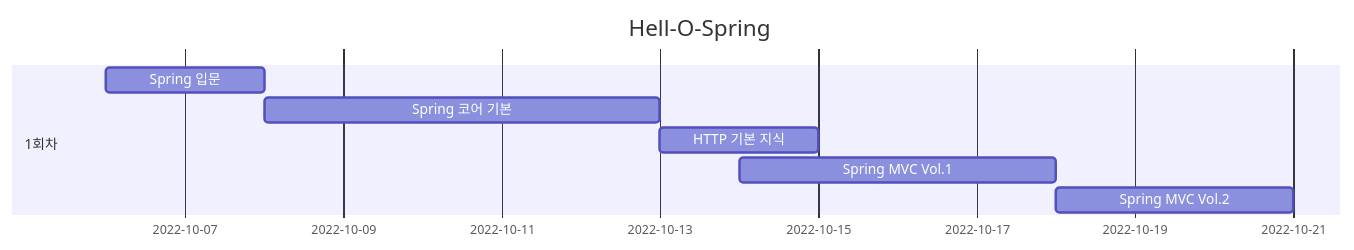
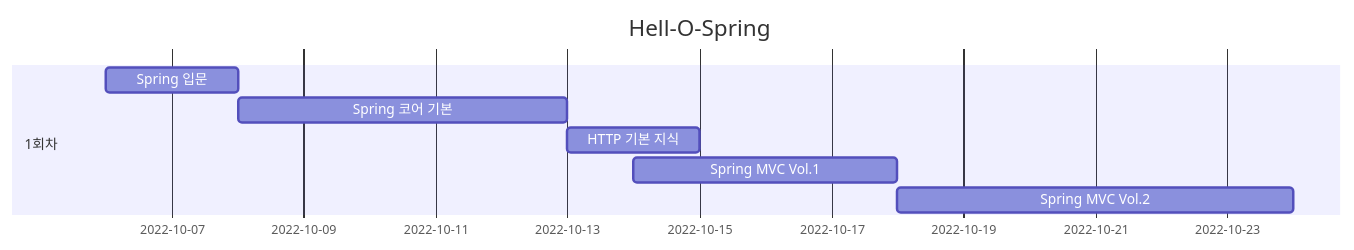
Before and after one commit to darkblose/spring-study: the diagram in ReadMe.md, drawn with Mermaid.

Commit message:
update : ReadMe.md

````diff
--- a/ReadMe.md
+++ b/ReadMe.md
@@ -3,13 +3,13 @@
 ```mermaid
 gantt
 dateFormat YYYY-MM-DD
 title Hell-O-Spring
 
     section 1회차
     Spring 입문       :chap1, 2022-10-06, 2d
     Spring 코어 기본   :chap2, 2022-10-08, 5d
     HTTP 기본 지식     :chap3, 2022-10-13, 2d
     Spring MVC Vol.1  :chap4, 2022-10-14, 4d
-    Spring MVC Vol.2  :chap5, 2022-10-18, 3d
+    Spring MVC Vol.2  :chap5, 2022-10-18, 6d
     
 ```
````
